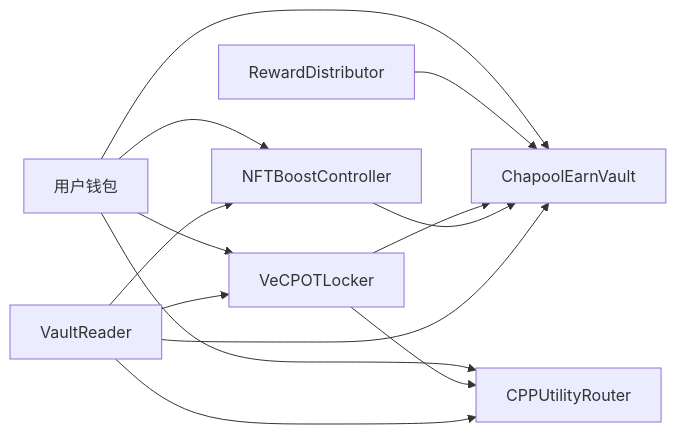
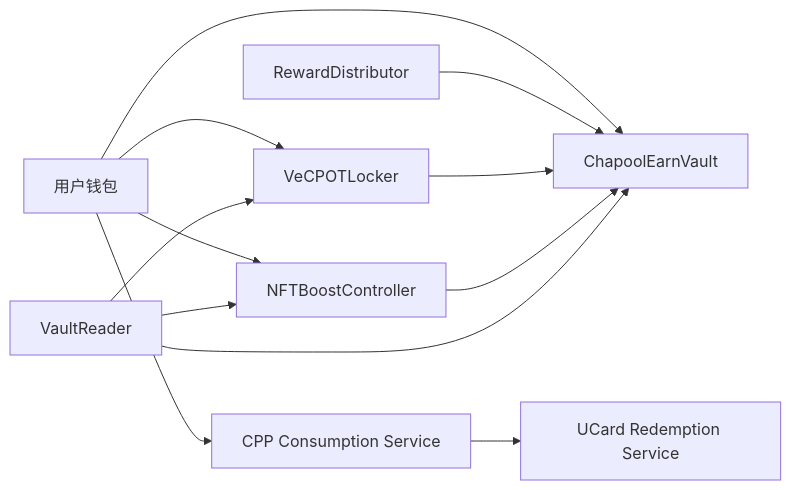
Before and after one commit to chapool/account-abstraction: the seventh of 11 diagrams in docs/Chapool-TVL-Product-Design.md, drawn with Mermaid. The commit also changed other lines of this file, not shown here.

First line of the commit message:
docs: align TVL plan with centralized CPP utility

````diff
--- a/docs/Chapool-TVL-Product-Design.md
+++ b/docs/Chapool-TVL-Product-Design.md
@@ -813,17 +828,16 @@
 ```mermaid
 flowchart LR
     A[用户钱包] --> B[ChapoolEarnVault]
     A --> C[VeCPOTLocker]
-    A --> D[CPPUtilityRouter]
     A --> E[NFTBoostController]
+    A --> D[CPP Consumption Service]
+    D --> H[UCard Redemption Service]
 
     F[RewardDistributor] --> B
     C --> B
     E --> B
-    C --> D
 
     G[VaultReader] --> B
     G --> C
-    G --> D
     G --> E
 ```
````
